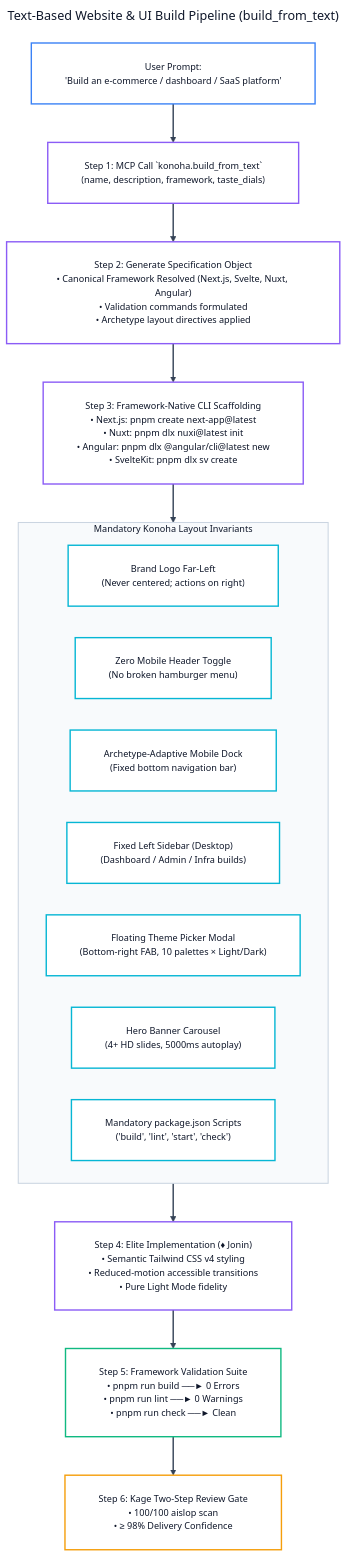
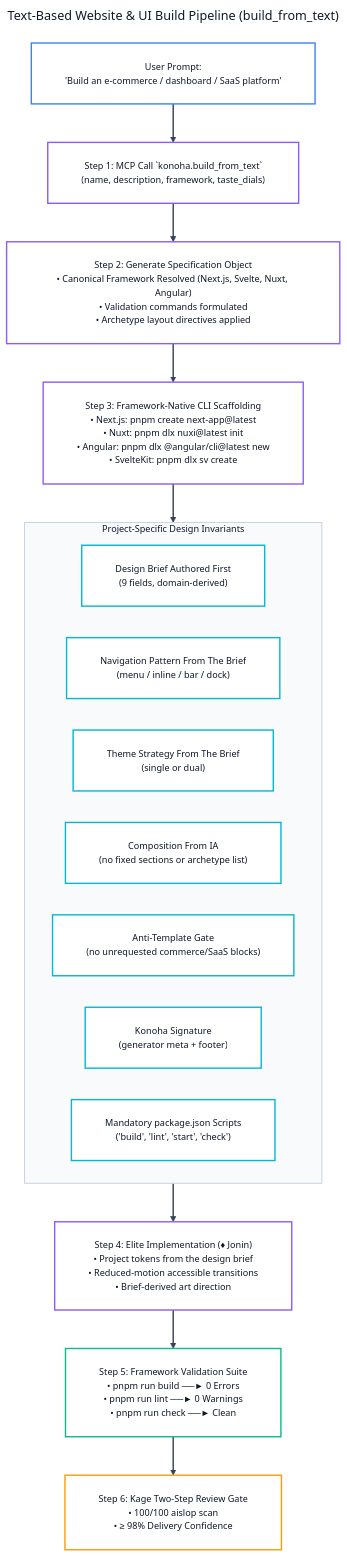
The fourth of 19 diagrams in docs/ALL-WORKFLOW-DIAGRAMS.md (andycungkrinx91/konoha), drawn with Mermaid before and after one commit. The commit also changed other lines of this file and 184 other files, not shown here.

````diff
--- a/docs/ALL-WORKFLOW-DIAGRAMS.md
+++ b/docs/ALL-WORKFLOW-DIAGRAMS.md
@@ -247,62 +248,62 @@
 ```mermaid
 ---
 title: Text-Based Website & UI Build Pipeline (build_from_text)
 config:
   theme: base
   themeVariables:
     darkMode: false
     background: '#ffffff'
     mainBkg: '#ffffff'
     primaryColor: '#ffffff'
     primaryTextColor: '#0f172a'
     primaryBorderColor: '#3b82f6'
     lineColor: '#334155'
     arrowheadColor: '#334155'
     secondaryColor: '#f8fafc'
     tertiaryColor: '#ffffff'
     fontFamily: 'Inter, system-ui, -apple-system, sans-serif'
     fontSize: '13px'
   flowchart:
     nodeSpacing: 45
     rankSpacing: 55
     padding: 24
     wrappingWidth: 380
 ---
 flowchart TD
     UserReq["User Prompt:<br/>'Build an e-commerce / dashboard / SaaS platform'"] --> Step1["Step 1: MCP Call `konoha.build_from_text`<br/>(name, description, framework, taste_dials)"]
     Step1 --> Step2["Step 2: Generate Specification Object<br/>• Canonical Framework Resolved (Next.js, Svelte, Nuxt, Angular)<br/>• Validation commands formulated<br/>• Archetype layout directives applied"]
 
     Step2 --> Step3["Step 3: Framework-Native CLI Scaffolding<br/>• Next.js: pnpm create next-app@latest<br/>• Nuxt: pnpm dlx nuxi@latest init<br/>• Angular: pnpm dlx @angular/cli@latest new<br/>• SvelteKit: pnpm dlx sv create"]
 
-    subgraph MandatoryInvariants ["Mandatory Konoha Layout Invariants"]
-        I1["Brand Logo Far-Left<br/>(Never centered; actions on right)"]
-        I2["Zero Mobile Header Toggle<br/>(No broken hamburger menu)"]
-        I3["Archetype-Adaptive Mobile Dock<br/>(Fixed bottom navigation bar)"]
-        I4["Fixed Left Sidebar (Desktop)<br/>(Dashboard / Admin / Infra builds)"]
-        I5["Floating Theme Picker Modal<br/>(Bottom-right FAB, 10 palettes × Light/Dark)"]
-        I6["Hero Banner Carousel<br/>(4+ HD slides, 5000ms autoplay)"]
+    subgraph MandatoryInvariants ["Project-Specific Design Invariants"]
+        I1["Design Brief Authored First<br/>(9 fields, domain-derived)"]
+        I2["Navigation Pattern From The Brief<br/>(menu / inline / bar / dock)"]
+        I3["Theme Strategy From The Brief<br/>(single or dual)"]
+        I4["Composition From IA<br/>(no fixed sections or archetype list)"]
+        I5["Anti-Template Gate<br/>(no unrequested commerce/SaaS blocks)"]
+        I6["Konoha Signature<br/>(generator meta + footer)"]
         I7["Mandatory package.json Scripts<br/>('build', 'lint', 'start', 'check')"]
     end
 
     Step3 --> MandatoryInvariants
-    MandatoryInvariants --> Step4["Step 4: Elite Implementation (♦ Jonin)<br/>• Semantic Tailwind CSS v4 styling<br/>• Reduced-motion accessible transitions<br/>• Pure Light Mode fidelity"]
+    MandatoryInvariants --> Step4["Step 4: Elite Implementation (♦ Jonin)<br/>• Project tokens from the design brief<br/>• Reduced-motion accessible transitions<br/>• Brief-derived art direction"]
 
     Step4 --> Step5["Step 5: Framework Validation Suite<br/>• pnpm run build ──► 0 Errors<br/>• pnpm run lint  ──► 0 Warnings<br/>• pnpm run check ──► Clean"]
 
     Step5 --> Step6["Step 6: Kage Two-Step Review Gate<br/>• 100/100 aislop scan<br/>• ≥ 98% Delivery Confidence"]
 
     linkStyle default stroke:#334155,stroke-width:2px;
     style MandatoryInvariants fill:#f8fafc,stroke:#cbd5e1,stroke-width:1.5px,color:#0f172a;
 
     classDef reqNode fill:#ffffff,stroke:#3b82f6,color:#0f172a,stroke-width:2px;
     classDef scaffoldNode fill:#ffffff,stroke:#8b5cf6,color:#0f172a,stroke-width:2px;
     classDef invNode fill:#ffffff,stroke:#06b6d4,color:#0f172a,stroke-width:2px;
     classDef valNode fill:#ffffff,stroke:#10b981,color:#0f172a,stroke-width:2px;
     classDef gateNode fill:#ffffff,stroke:#f59e0b,color:#0f172a,stroke-width:2px;
 
     class UserReq reqNode;
     class Step1,Step2,Step3,Step4 scaffoldNode;
     class I1,I2,I3,I4,I5,I6,I7 invNode;
     class Step5 valNode;
     class Step6 gateNode;
 ```
````
